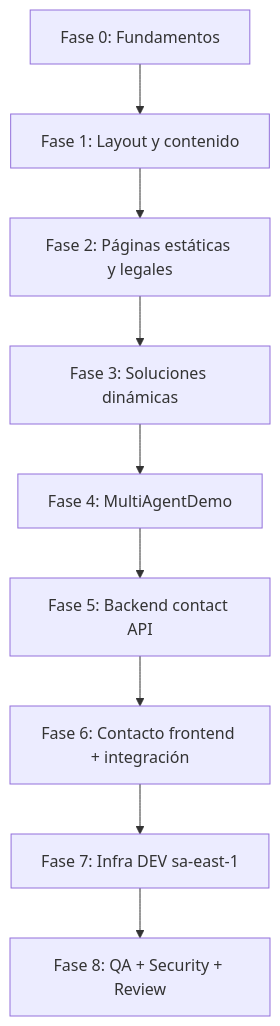
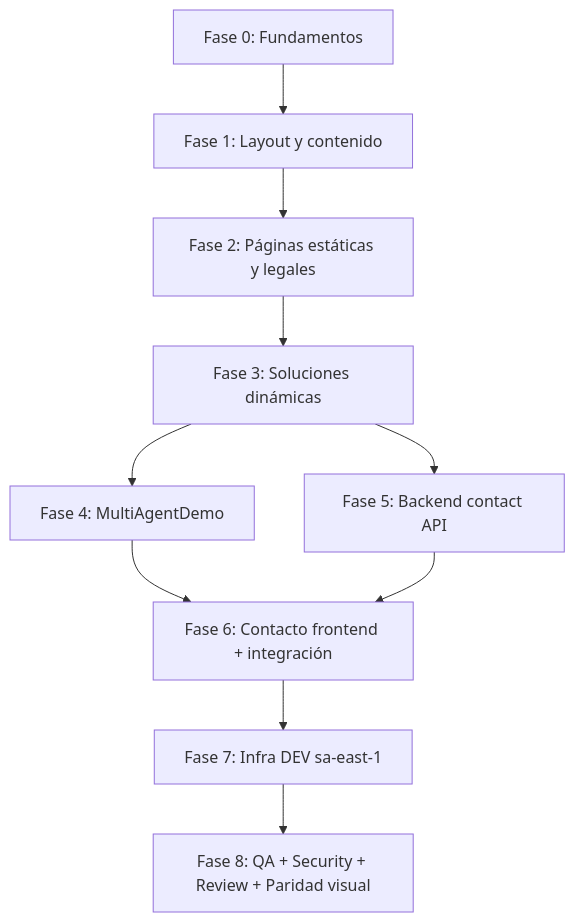
The diagram in .nadf/projects/novus-intelligence/artifacts/plan-implementacion.md (arodriguez-novusintelligence/NovusAIDevelopmentFramework), drawn with Mermaid before and after one commit. The commit also changed other lines of this file and 1 other file, not shown here.

````diff
--- a/.nadf/projects/novus-intelligence/artifacts/plan-implementacion.md
+++ b/.nadf/projects/novus-intelligence/artifacts/plan-implementacion.md
@@ -121,11 +122,12 @@
 ```mermaid
 flowchart TD
     P0[Fase 0: Fundamentos] --> P1[Fase 1: Layout y contenido]
     P1 --> P2[Fase 2: Páginas estáticas y legales]
     P2 --> P3[Fase 3: Soluciones dinámicas]
     P3 --> P4[Fase 4: MultiAgentDemo]
-    P4 --> P5[Fase 5: Backend contact API]
-    P5 --> P6[Fase 6: Contacto frontend + integración]
+    P3 --> P5[Fase 5: Backend contact API]
+    P4 --> P6[Fase 6: Contacto frontend + integración]
+    P5 --> P6
     P6 --> P7[Fase 7: Infra DEV sa-east-1]
-    P7 --> P8[Fase 8: QA + Security + Review]
+    P7 --> P8[Fase 8: QA + Security + Review + Paridad visual]
 ```
````
